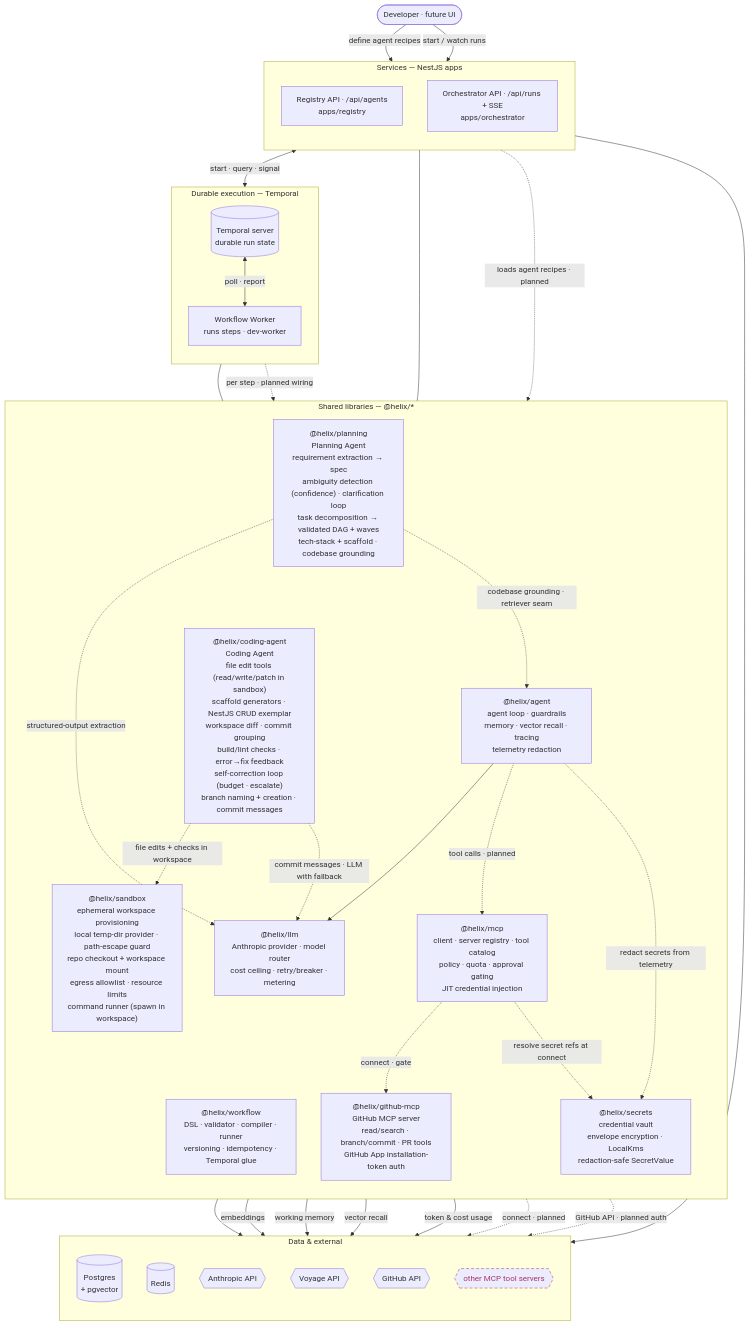
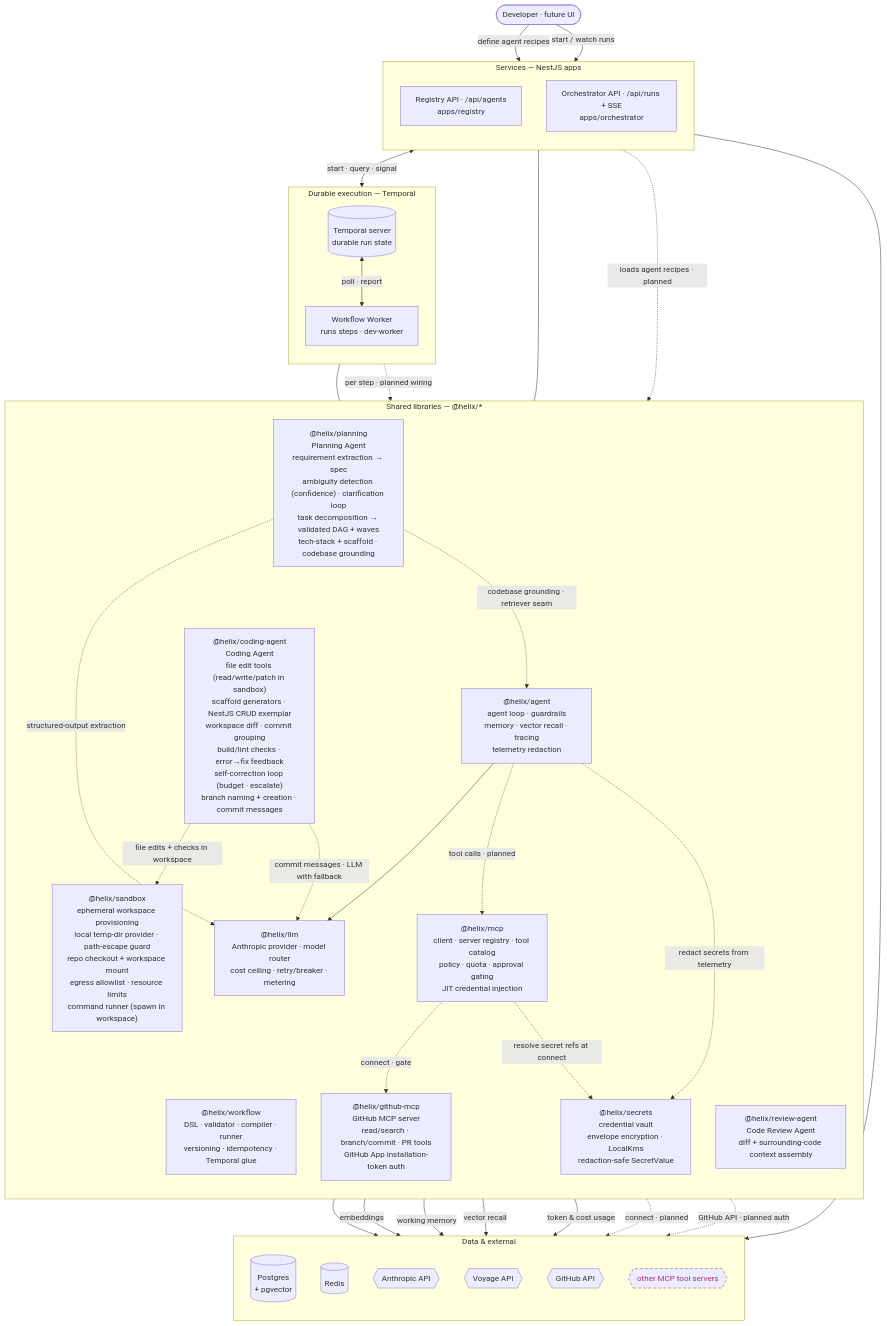
The first of 2 diagrams in docs/ARCHITECTURE.md (shhashhank/helix), drawn with Mermaid before and after one commit. The commit also changed other lines of this file and 11 other files, not shown here.

First line of the commit message:
HELIX-111: diff fetch + context assembly (#73)

````diff
--- a/docs/ARCHITECTURE.md
+++ b/docs/ARCHITECTURE.md
@@ -16,68 +16,69 @@
 ```mermaid
 flowchart TB
   user([Developer · future UI])
 
   subgraph svc["Services — NestJS apps"]
     direction TB
     reg["Registry API · /api/agents<br/>apps/registry"]
     orc["Orchestrator API · /api/runs + SSE<br/>apps/orchestrator"]
   end
 
   subgraph dur["Durable execution — Temporal"]
     direction TB
     tmp[("Temporal server<br/>durable run state")]
     wkr["Workflow Worker<br/>runs steps · dev-worker"]
   end
 
   subgraph lib["Shared libraries — @helix/*"]
     direction TB
     wf["@helix/workflow<br/>DSL · validator · compiler · runner<br/>versioning · idempotency · Temporal glue"]
     ag["@helix/agent<br/>agent loop · guardrails<br/>memory · vector recall · tracing<br/>telemetry redaction"]
     lm["@helix/llm<br/>Anthropic provider · model router<br/>cost ceiling · retry/breaker · metering"]
     mc["@helix/mcp<br/>client · server registry · tool catalog<br/>policy · quota · approval gating<br/>JIT credential injection"]
     gh["@helix/github-mcp<br/>GitHub MCP server<br/>read/search · branch/commit · PR tools<br/>GitHub App installation-token auth"]
     sec["@helix/secrets<br/>credential vault<br/>envelope encryption · LocalKms<br/>redaction-safe SecretValue"]
     pl["@helix/planning<br/>Planning Agent<br/>requirement extraction → spec<br/>ambiguity detection (confidence) · clarification loop<br/>task decomposition → validated DAG + waves<br/>tech-stack + scaffold · codebase grounding"]
     sbx["@helix/sandbox<br/>ephemeral workspace provisioning<br/>local temp-dir provider · path-escape guard<br/>repo checkout + workspace mount<br/>egress allowlist · resource limits<br/>command runner (spawn in workspace)"]
     cag["@helix/coding-agent<br/>Coding Agent<br/>file edit tools (read/write/patch in sandbox)<br/>scaffold generators · NestJS CRUD exemplar<br/>workspace diff · commit grouping<br/>build/lint checks · error→fix feedback<br/>self-correction loop (budget · escalate)<br/>branch naming + creation · commit messages"]
+    rev["@helix/review-agent<br/>Code Review Agent<br/>diff + surrounding-code context assembly"]
   end
 
   subgraph dat["Data & external"]
     direction TB
     pg[("Postgres<br/>+ pgvector")]
     rd[("Redis")]
     an{{Anthropic API}}
     vo{{Voyage API}}
     gha{{GitHub API}}
     ext{{other MCP tool servers}}
   end
 
   user -->|define agent recipes| reg
   user -->|start / watch runs| orc
   reg --> pg
   orc <-->|start · query · signal| tmp
   tmp <-->|poll · report| wkr
   wkr --- wf
   orc --- wf
   wkr -.->|per step · planned wiring| ag
   reg -.->|loads agent recipes · planned| ag
   ag --> lm
   ag -.->|tool calls · planned| mc
   lm --> an
   ag -->|embeddings| vo
   ag -->|working memory| rd
   ag -->|vector recall| pg
   lm -->|token & cost usage| pg
   mc -.->|connect · gate| gh
   mc -.->|connect · planned| ext
   mc -.->|resolve secret refs at connect| sec
   ag -.->|redact secrets from telemetry| sec
   pl -.->|structured-output extraction| lm
   pl -.->|codebase grounding · retriever seam| ag
   cag -.->|file edits + checks in workspace| sbx
   cag -.->|commit messages · LLM with fallback| lm
   gh -.->|GitHub API · planned auth| gha
 
   classDef planned stroke-dasharray:6 4,stroke:#a36,color:#a36;
   class ext planned;
 ```
````
